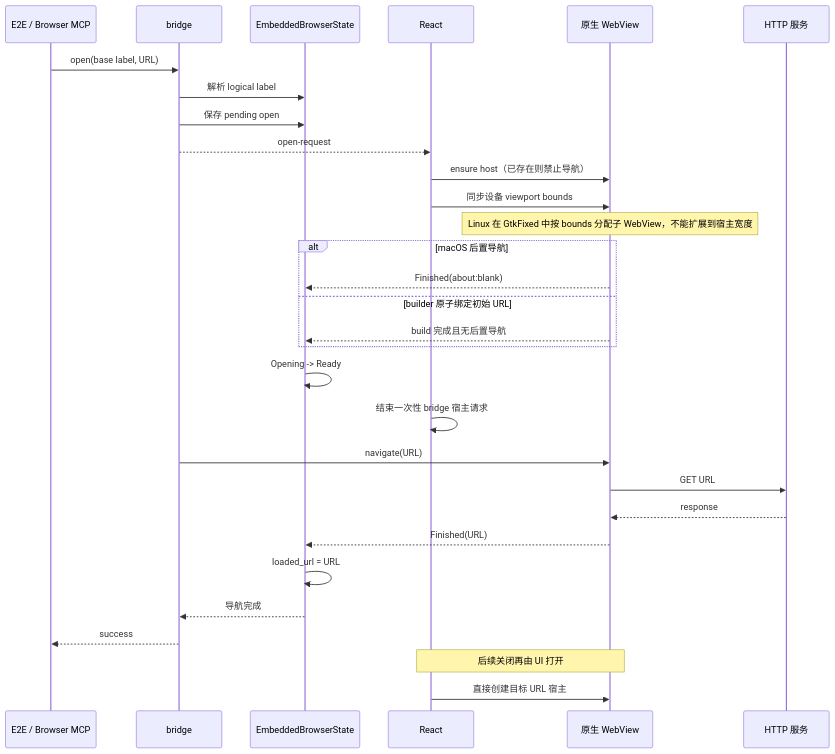
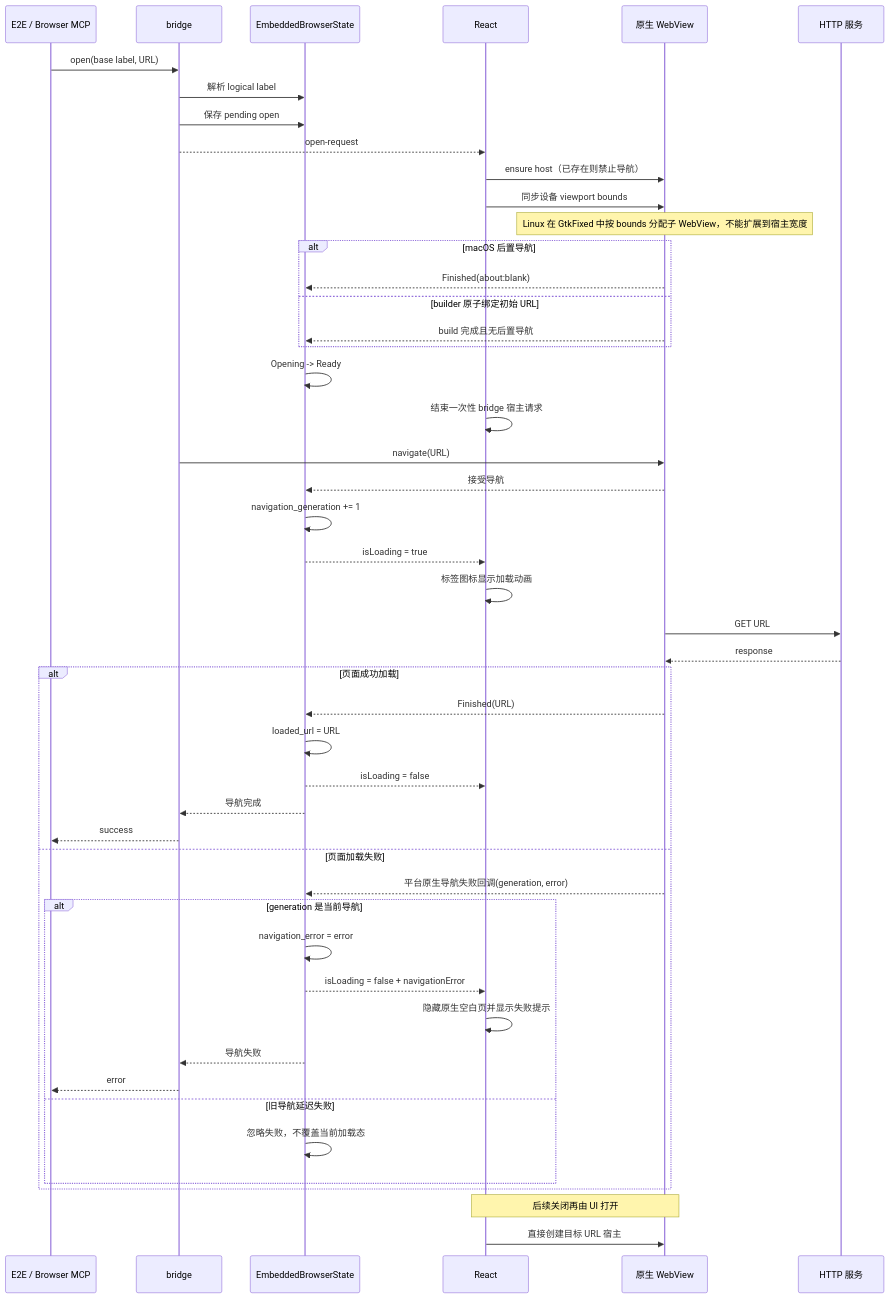
Before and after one commit to wecode-ai/wegent-docs: the second of 2 diagrams in i18n/zh/docusaurus-plugin-content-docs/current/architecture/embedded-browser.md, drawn with Mermaid. The commit also changed other lines of this file and 3 other files, not shown here.

````diff
--- a/i18n/zh/docusaurus-plugin-content-docs/current/architecture/embedded-browser.md
+++ b/i18n/zh/docusaurus-plugin-content-docs/current/architecture/embedded-browser.md
@@ -33,34 +38,52 @@
 ```mermaid
 sequenceDiagram
     participant C as E2E / Browser MCP
     participant B as bridge
     participant S as EmbeddedBrowserState
     participant R as React
     participant W as 原生 WebView
     participant H as HTTP 服务
 
     C->>B: open(base label, URL)
     B->>S: 解析 logical label
     B->>S: 保存 pending open
     B-->>R: open-request
     R->>W: ensure host（已存在则禁止导航）
     R->>W: 同步设备 viewport bounds
     Note over W: Linux 在 GtkFixed 中按 bounds 分配子 WebView，不能扩展到宿主宽度
     alt macOS 后置导航
         W-->>S: Finished(about:blank)
     else builder 原子绑定初始 URL
         W-->>S: build 完成且无后置导航
     end
     S->>S: Opening -> Ready
     R->>R: 结束一次性 bridge 宿主请求
     B->>W: navigate(URL)
+    W-->>S: 接受导航
+    S->>S: navigation_generation += 1
+    S-->>R: isLoading = true
+    R->>R: 标签图标显示加载动画
     W->>H: GET URL
     H-->>W: response
-    W-->>S: Finished(URL)
-    S->>S: loaded_url = URL
-    S-->>B: 导航完成
-    B-->>C: success
+    alt 页面成功加载
+        W-->>S: Finished(URL)
+        S->>S: loaded_url = URL
+        S-->>R: isLoading = false
+        S-->>B: 导航完成
+        B-->>C: success
+    else 页面加载失败
+        W-->>S: 平台原生导航失败回调(generation, error)
+        alt generation 是当前导航
+            S->>S: navigation_error = error
+            S-->>R: isLoading = false + navigationError
+            R->>R: 隐藏原生空白页并显示失败提示
+            S-->>B: 导航失败
+            B-->>C: error
+        else 旧导航延迟失败
+            S->>S: 忽略失败，不覆盖当前加载态
+        end
+    end
 
     Note over R,W: 后续关闭再由 UI 打开
     R->>W: 直接创建目标 URL 宿主
 ```
````
